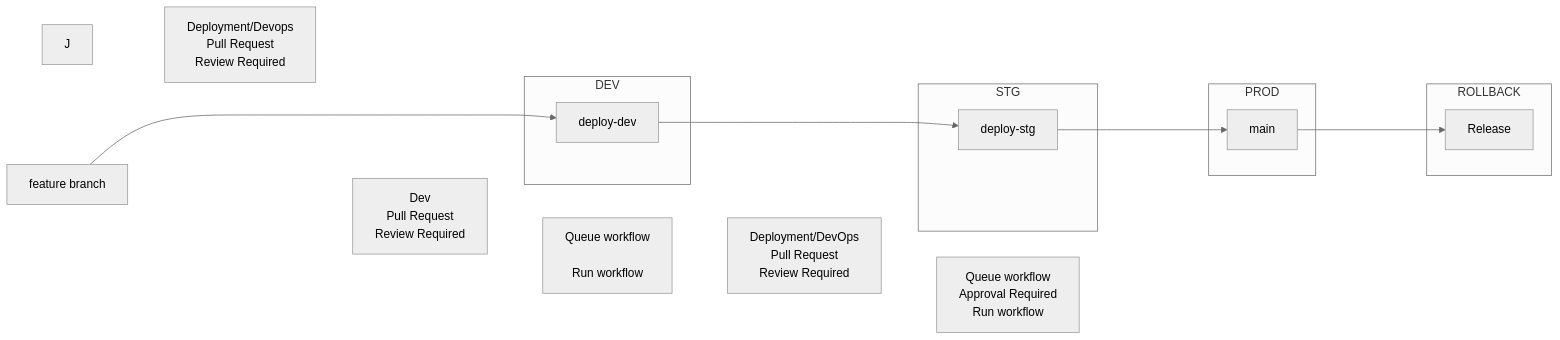
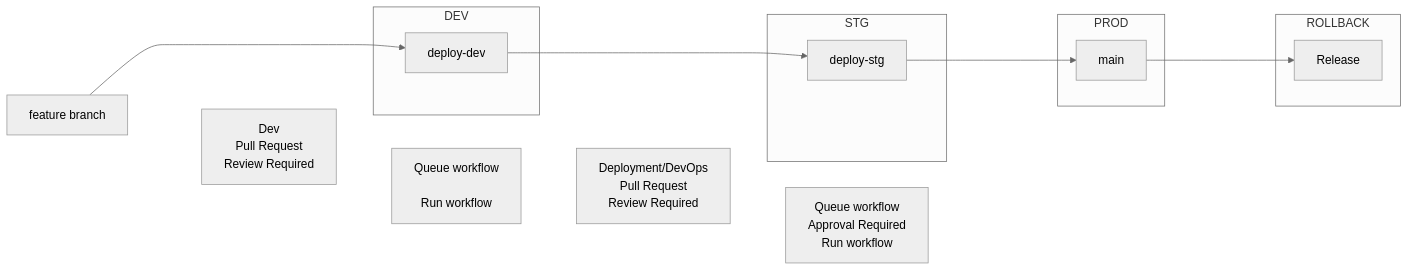
Before and after one commit to fritzramos-gf/Workflows: the diagram in Gates-Workflow.md, drawn with Mermaid (neutral theme).

````diff
--- a/Gates-Workflow.md
+++ b/Gates-Workflow.md
@@ -1,38 +1,37 @@
 ```mermaid
 flowchart LR
     A[feature branch] ----> B
     A ~~~ C["Dev\nPull Request\nReview Required"]
     C ~~~ B
     subgraph DEV
         B[deploy-dev]
     end
      C ~~~ G["Queue workflow
         \nRun workflow"]
 
     B ---> D
     G ~~~ H["Deployment/DevOps\nPull Request\nReview Required"]
     H ~~~ D
     subgraph STG
         D[deploy-stg]
     end
     D ----> E
     H ~~~ I["Queue workflow\nApproval Required\nRun workflow"]
     subgraph PROD
         E[main]
     end
     E ----> F
-    J ~~~ K["Deployment/Devops\nPull Request\nReview Required"]
     subgraph ROLLBACK
         F[Release]
     end
 
 
 
 
 
 
 
 
 
 
 ```
````
